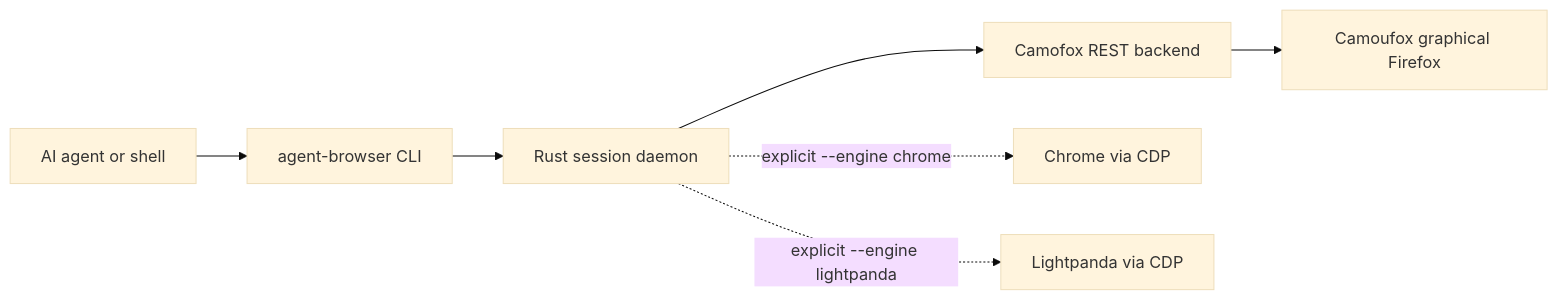
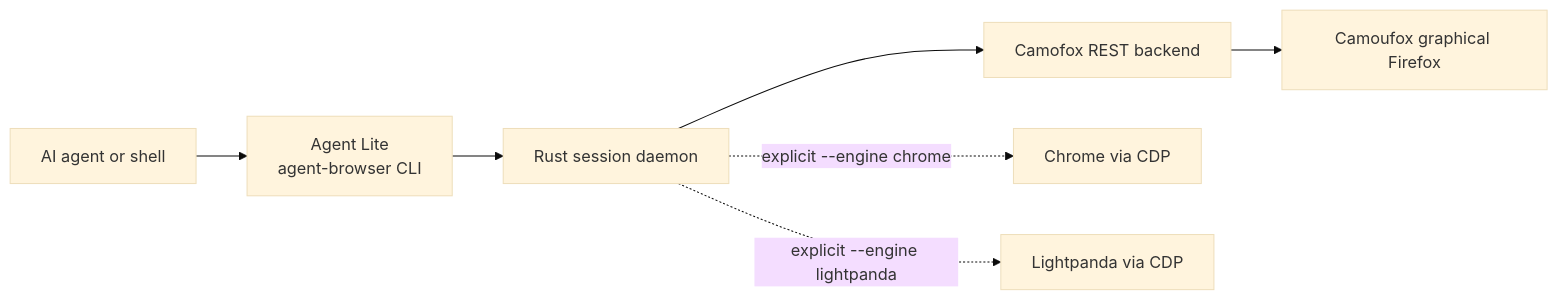
The diagram in README.md (thoriqakbar0/agent-browser), drawn with Mermaid (base theme) before and after one commit. The commit also changed other lines of this file, not shown here.

Commit message:
Rename the fork to Agent Lite

````diff
--- a/README.md
+++ b/README.md
@@ -14,9 +40,9 @@
 ```mermaid
 flowchart LR
-    A["AI agent or shell"] --> B["agent-browser CLI"]
+    A["AI agent or shell"] --> B["Agent Lite<br/>agent-browser CLI"]
     B --> C["Rust session daemon"]
     C --> D["Camofox REST backend"]
     D --> E["Camoufox graphical Firefox"]
     C -. "explicit --engine chrome" .-> F["Chrome via CDP"]
     C -. "explicit --engine lightpanda" .-> G["Lightpanda via CDP"]
 ```
````
